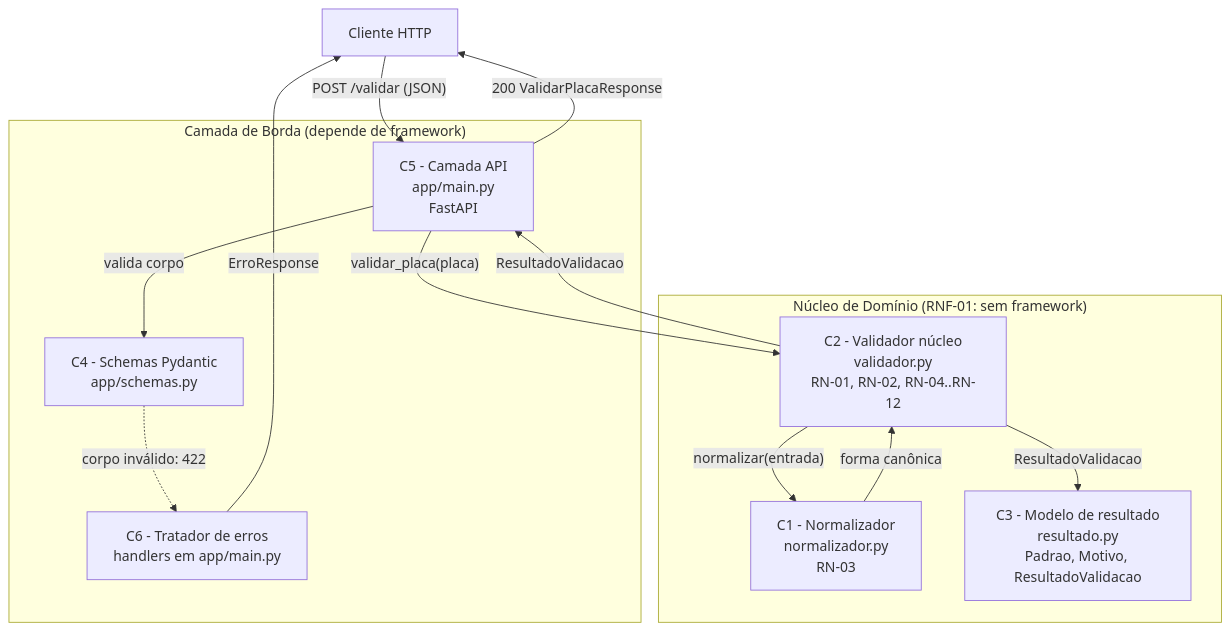
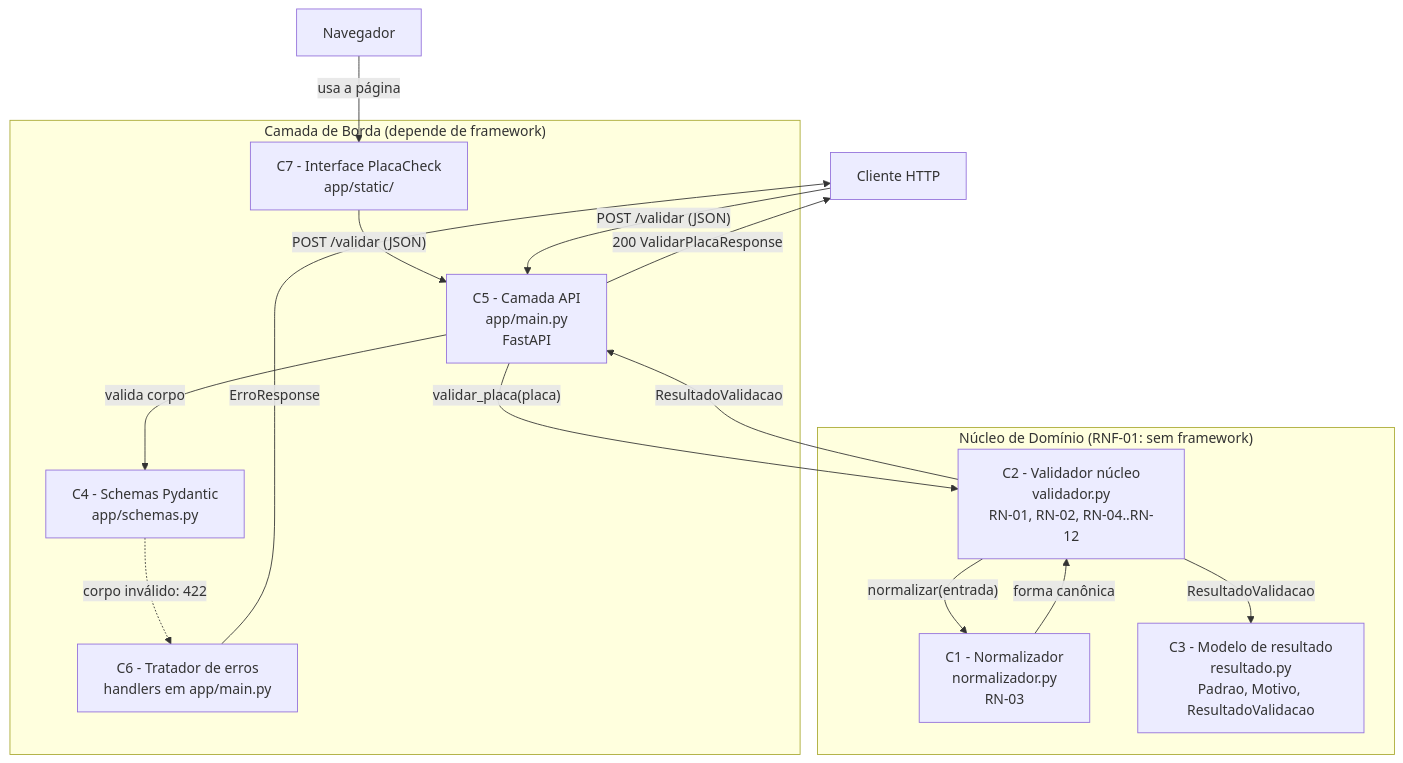
Before and after one commit to 0GabrielF0/BootCamp3: the first of 2 diagrams in docs/components.md, drawn with Mermaid. The commit also changed other lines of this file and 15 other files, not shown here.

````diff
--- a/docs/components.md
+++ b/docs/components.md
@@ -193,29 +209,33 @@
 ```mermaid
 flowchart TD
     Cliente["Cliente HTTP"]
+    Navegador["Navegador"]
 
     subgraph Borda["Camada de Borda (depende de framework)"]
         C5["C5 - Camada API<br/>app/main.py<br/>FastAPI"]
         C4["C4 - Schemas Pydantic<br/>app/schemas.py"]
         C6["C6 - Tratador de erros<br/>handlers em app/main.py"]
+        C7["C7 - Interface PlacaCheck<br/>app/static/"]
     end
 
     subgraph Nucleo["Núcleo de Domínio (RNF-01: sem framework)"]
         C2["C2 - Validador núcleo<br/>validador.py<br/>RN-01, RN-02, RN-04..RN-12"]
         C1["C1 - Normalizador<br/>normalizador.py<br/>RN-03"]
         C3["C3 - Modelo de resultado<br/>resultado.py<br/>Padrao, Motivo, ResultadoValidacao"]
     end
 
+    Navegador -->|"usa a página"| C7
+    C7 -->|"POST /validar (JSON)"| C5
     Cliente -->|"POST /validar (JSON)"| C5
     C5 -->|"valida corpo"| C4
     C4 -.->|"corpo inválido: 422"| C6
     C6 -->|"ErroResponse"| Cliente
     C5 -->|"validar_placa(placa)"| C2
     C2 -->|"normalizar(entrada)"| C1
     C1 -->|"forma canônica"| C2
     C2 -->|"ResultadoValidacao"| C3
     C2 -->|"ResultadoValidacao"| C5
     C5 -->|"200 ValidarPlacaResponse"| Cliente
 
     linkStyle default stroke-width:1px
 ```
````
